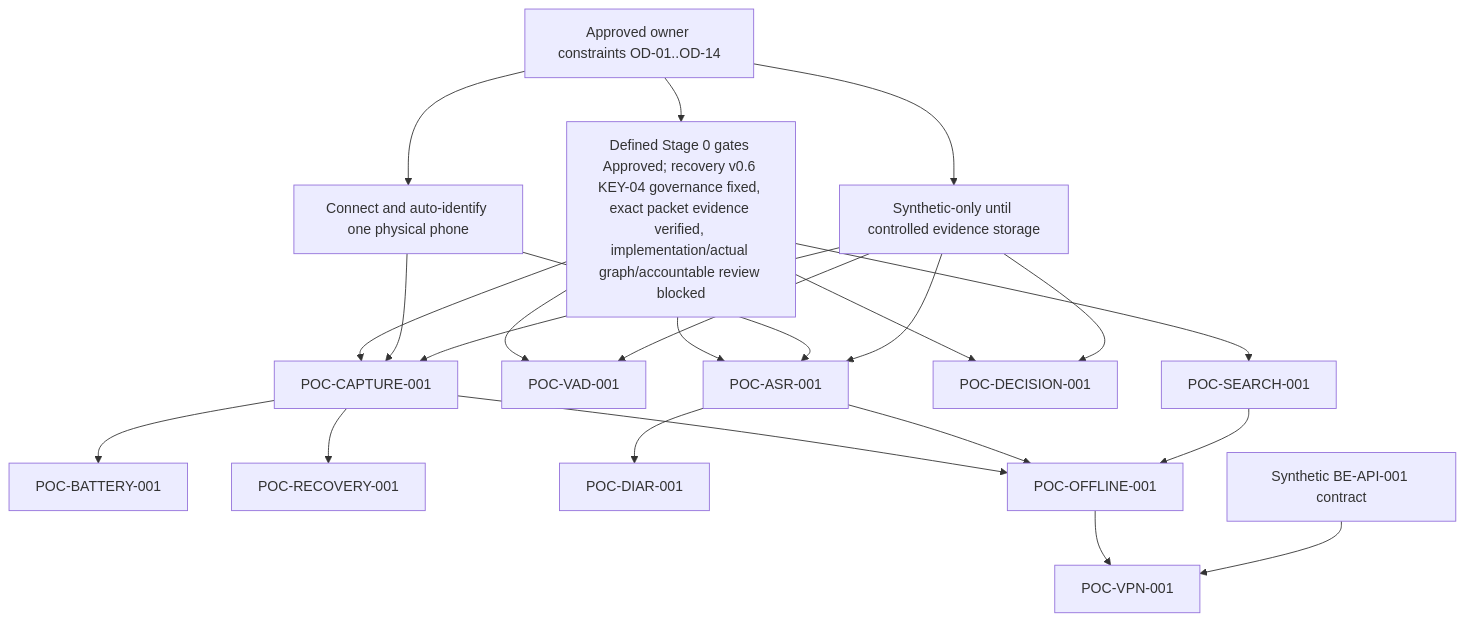
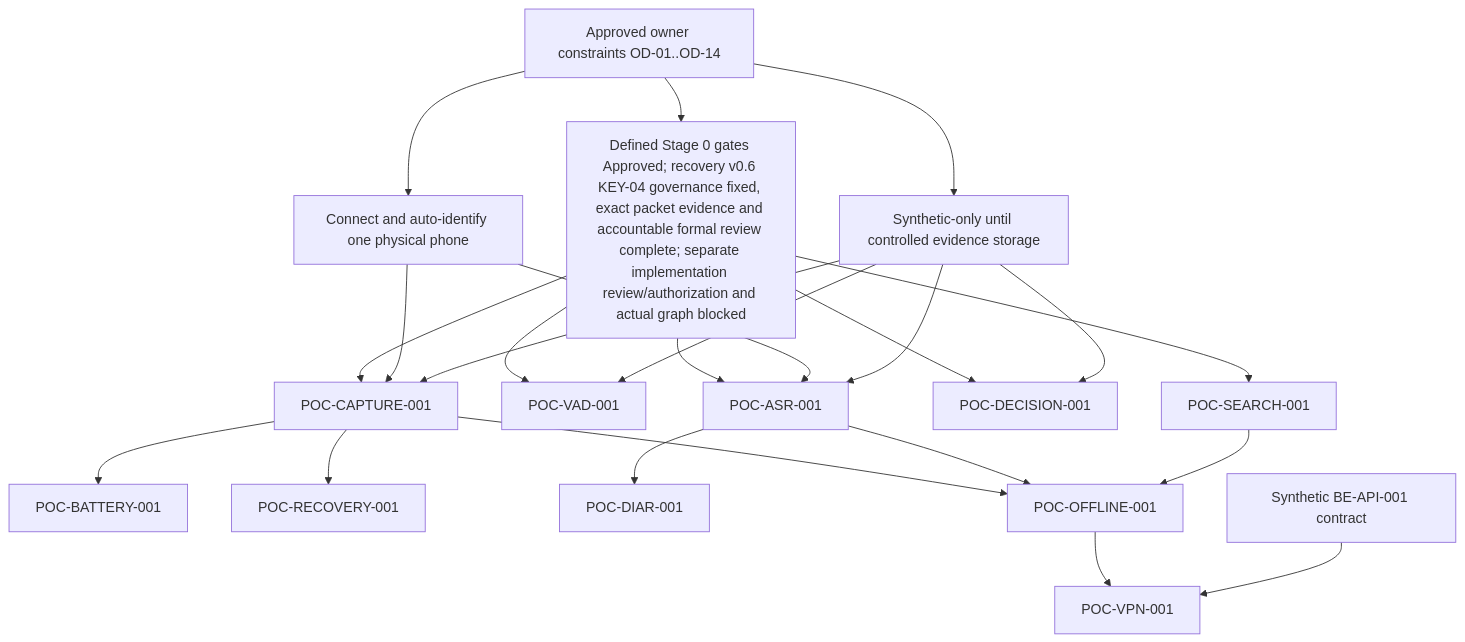
Before and after one commit to Monumentogram/DORA: the diagram in docs/stage0/DORA_MVP1_POC_EXECUTION_ORDER.md, drawn with Mermaid. The commit also changed 20 other files, not shown here.

First line of the commit message:
Stage 0D: record formal accountable recovery review (#14)

````diff
--- a/docs/stage0/DORA_MVP1_POC_EXECUTION_ORDER.md
+++ b/docs/stage0/DORA_MVP1_POC_EXECUTION_ORDER.md
@@ -34,25 +34,25 @@
 ```mermaid
 flowchart TD
-    O["Approved owner constraints OD-01..OD-14"] --> G["Defined Stage 0 gates Approved; recovery v0.6 KEY-04 governance fixed, exact packet evidence verified, implementation/actual graph/accountable review blocked"]
+    O["Approved owner constraints OD-01..OD-14"] --> G["Defined Stage 0 gates Approved; recovery v0.6 KEY-04 governance fixed, exact packet evidence and accountable formal review complete; separate implementation review/authorization and actual graph blocked"]
     O --> D["Connect and auto-identify one physical phone"]
     O --> C["Synthetic-only until controlled evidence storage"]
     G --> CAP["POC-CAPTURE-001"]
     D --> CAP
     C --> CAP
     CAP --> BAT["POC-BATTERY-001"]
     CAP --> REC["POC-RECOVERY-001"]
     G --> VAD["POC-VAD-001"]
     C --> VAD
     G --> ASR["POC-ASR-001"]
     D --> ASR
     C --> ASR
     ASR --> DIAR["POC-DIAR-001"]
     G --> DEC["POC-DECISION-001"]
     C --> DEC
     G --> SEARCH["POC-SEARCH-001"]
     CAP --> OFF["POC-OFFLINE-001"]
     ASR --> OFF
     SEARCH --> OFF
     OFF --> VPN["POC-VPN-001"]
     API["Synthetic BE-API-001 contract"] --> VPN
 ```
````
